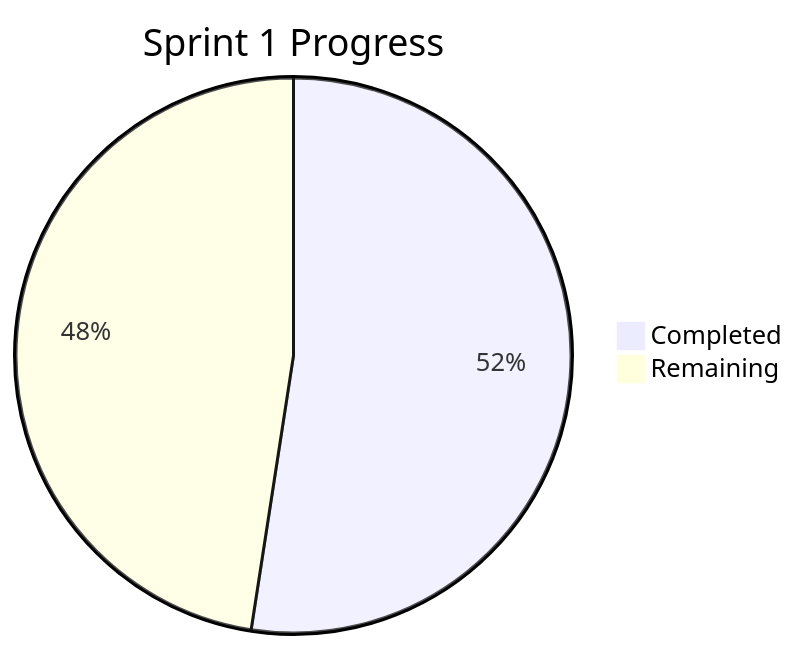
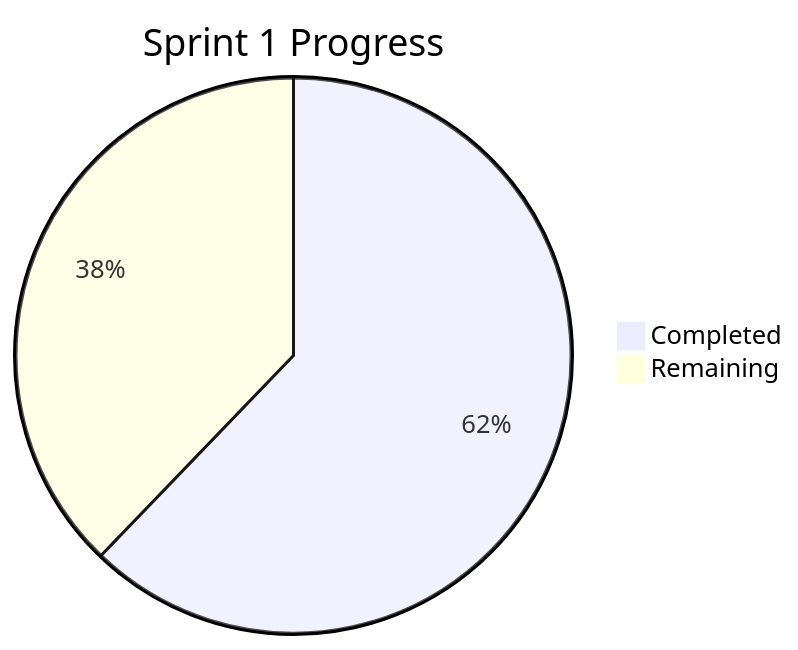
Before and after one commit to nerdpudding/pptx_poc: the diagram in Sprint1/DAILY_LOG.md, drawn with Mermaid. The commit also changed other lines of this file and 6 other files, not shown here.

````diff
--- a/Sprint1/DAILY_LOG.md
+++ b/Sprint1/DAILY_LOG.md
@@ -31,5 +31,5 @@
 ```mermaid
 pie title Sprint 1 Progress
-    "Completed" : 43
-    "Remaining" : 39
+    "Completed" : 51
+    "Remaining" : 31
 ```
````
